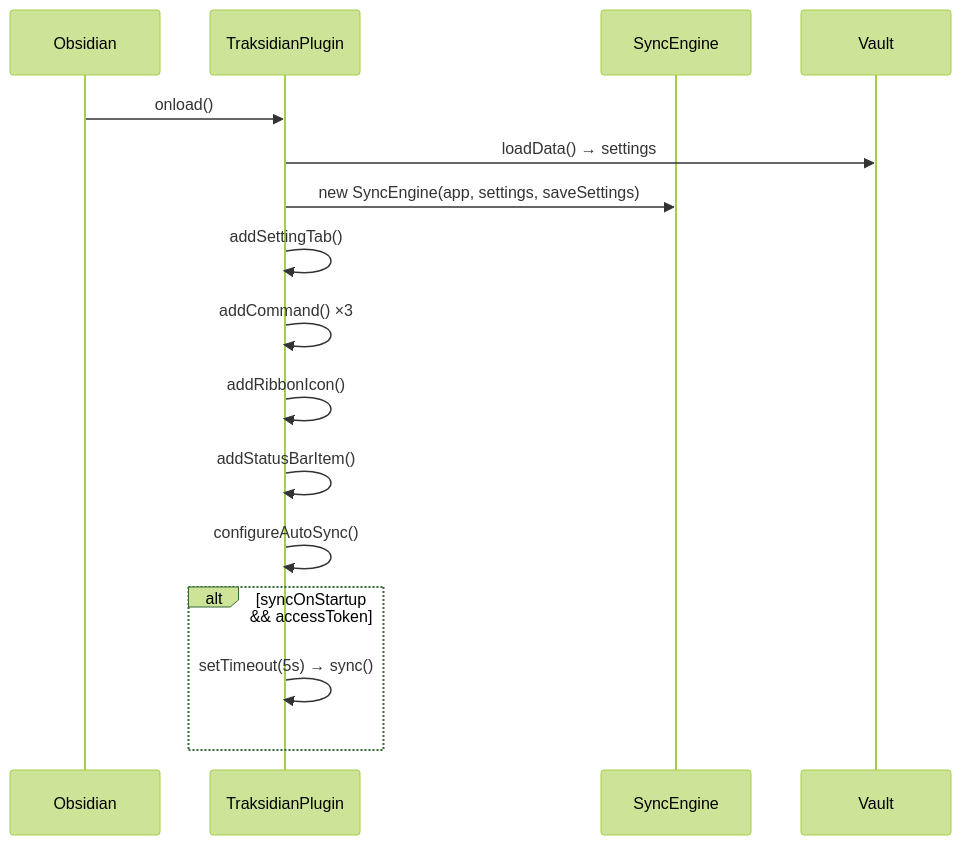
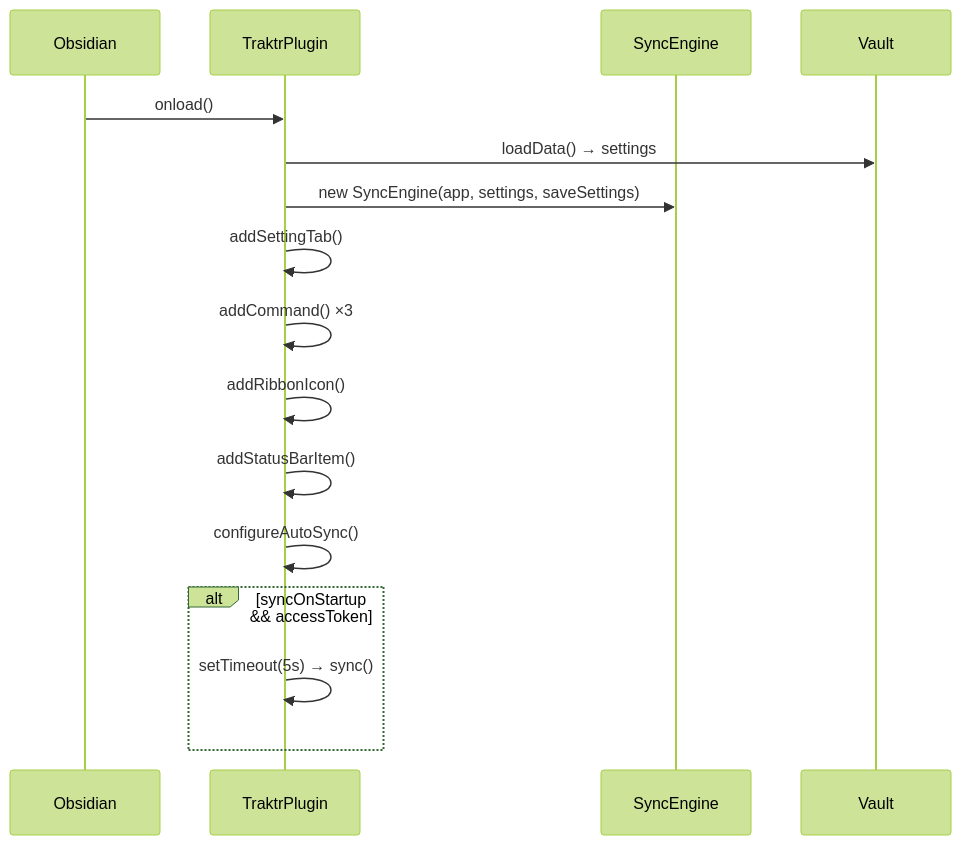
The third of 16 diagrams in doc/DEVELOPER.md (sarimabbas/traktr), drawn with Mermaid (forest theme) before and after one commit. The commit also changed other lines of this file and 10 other files, not shown here.

````diff
--- a/doc/DEVELOPER.md
+++ b/doc/DEVELOPER.md
@@ -109,19 +109,19 @@
 ```mermaid
 sequenceDiagram
     participant OBS as Obsidian
-    participant MAIN as TraksidianPlugin
+    participant MAIN as TraktrPlugin
     participant SE as SyncEngine
     participant VAULT as Vault
 
     OBS->>MAIN: onload()
     MAIN->>VAULT: loadData() → settings
     MAIN->>SE: new SyncEngine(app, settings, saveSettings)
     MAIN->>MAIN: addSettingTab()
     MAIN->>MAIN: addCommand() ×3
     MAIN->>MAIN: addRibbonIcon()
     MAIN->>MAIN: addStatusBarItem()
     MAIN->>MAIN: configureAutoSync()
     alt syncOnStartup && accessToken
         MAIN->>MAIN: setTimeout(5s) → sync()
     end
 ```
````
